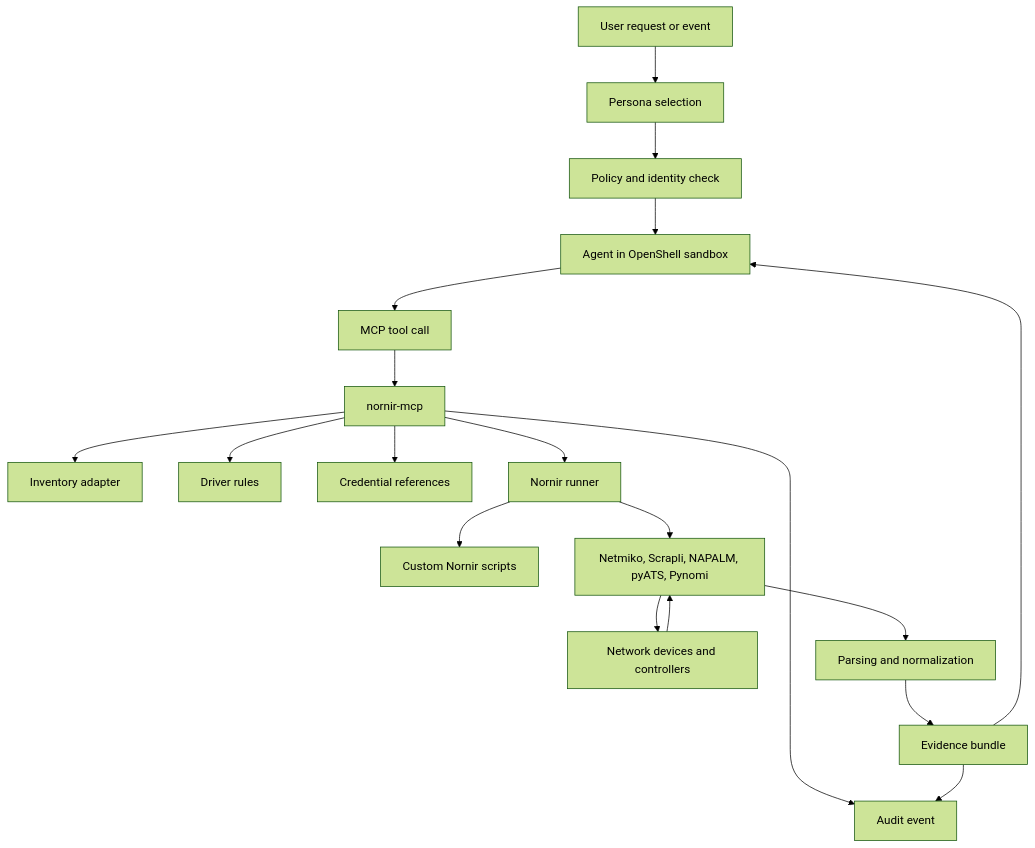
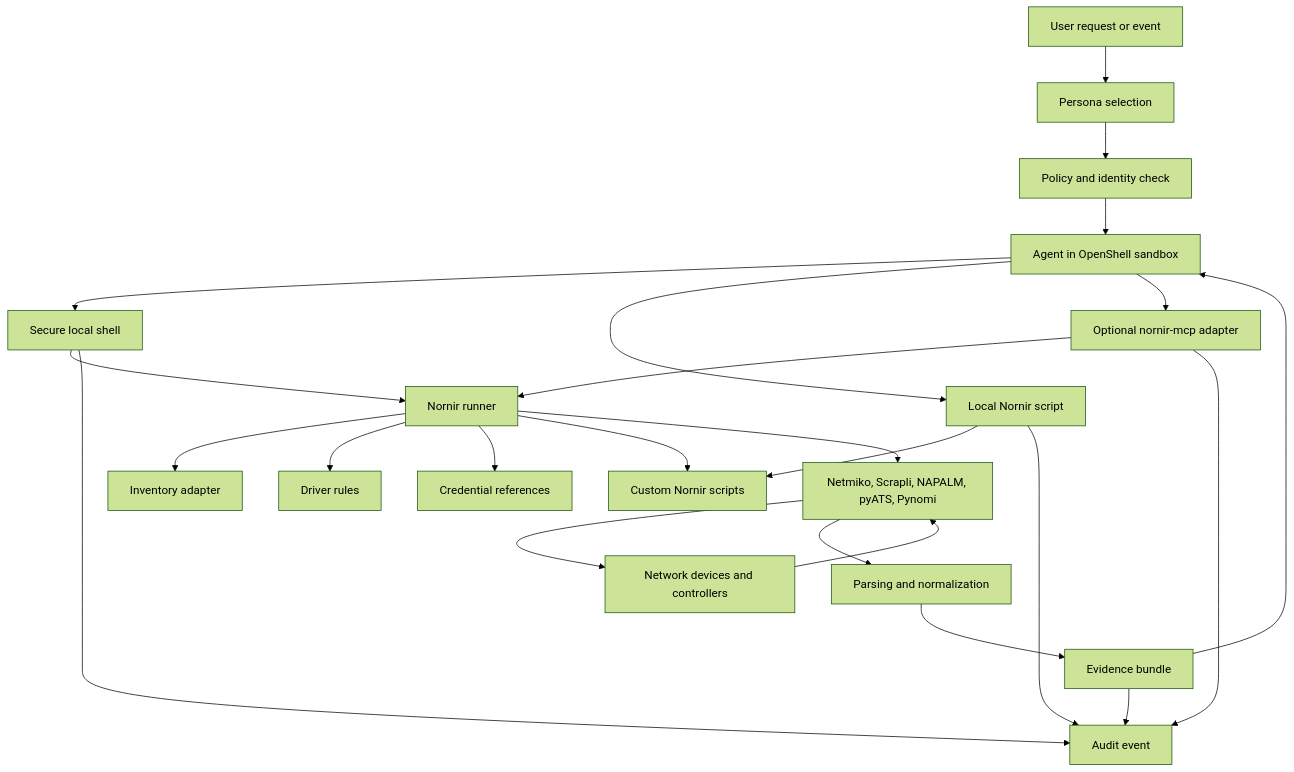
One commit to ColtMercer/the-agentic-network-platform changed the fifth of 7 diagrams in docs/architecture/openshell-nornir-agent-runtime.md. Above: the diagram before and after it, drawn with Mermaid (forest theme). The commit also changed other lines of this file, not shown here.

Commit message:
Address OpenShell Nornir runtime design feedback

````diff
--- a/docs/architecture/openshell-nornir-agent-runtime.md
+++ b/docs/architecture/openshell-nornir-agent-runtime.md
@@ -280,38 +371,44 @@
 ```mermaid
 flowchart TB
     request["User request or event"]
     persona["Persona selection"]
     policy["Policy and identity check"]
     agent["Agent in OpenShell sandbox"]
-    toolcall["MCP tool call"]
-    nornirmcp["nornir-mcp"]
+    shell["Secure local shell"]
+    localscript["Local Nornir script"]
+    optionalmcp["Optional nornir-mcp adapter"]
     inventory["Inventory adapter"]
     driverrules["Driver rules"]
     secrets["Credential references"]
     runner["Nornir runner"]
     scripts["Custom Nornir scripts"]
     drivers["Netmiko, Scrapli, NAPALM, pyATS, Pynomi"]
     targets["Network devices and controllers"]
     parser["Parsing and normalization"]
     evidence["Evidence bundle"]
     audit["Audit event"]
 
     request --> persona
     persona --> policy
     policy --> agent
-    agent --> toolcall
-    toolcall --> nornirmcp
-    nornirmcp --> inventory
-    nornirmcp --> driverrules
-    nornirmcp --> secrets
-    nornirmcp --> runner
+    agent --> shell
+    agent --> localscript
+    agent --> optionalmcp
+    shell --> runner
+    localscript --> scripts
+    optionalmcp --> runner
+    runner --> inventory
+    runner --> driverrules
+    runner --> secrets
     runner --> scripts
     runner --> drivers
     drivers --> targets
     targets --> drivers
     drivers --> parser
     parser --> evidence
     evidence --> agent
-    nornirmcp --> audit
+    shell --> audit
+    localscript --> audit
+    optionalmcp --> audit
     evidence --> audit
 ```
````
